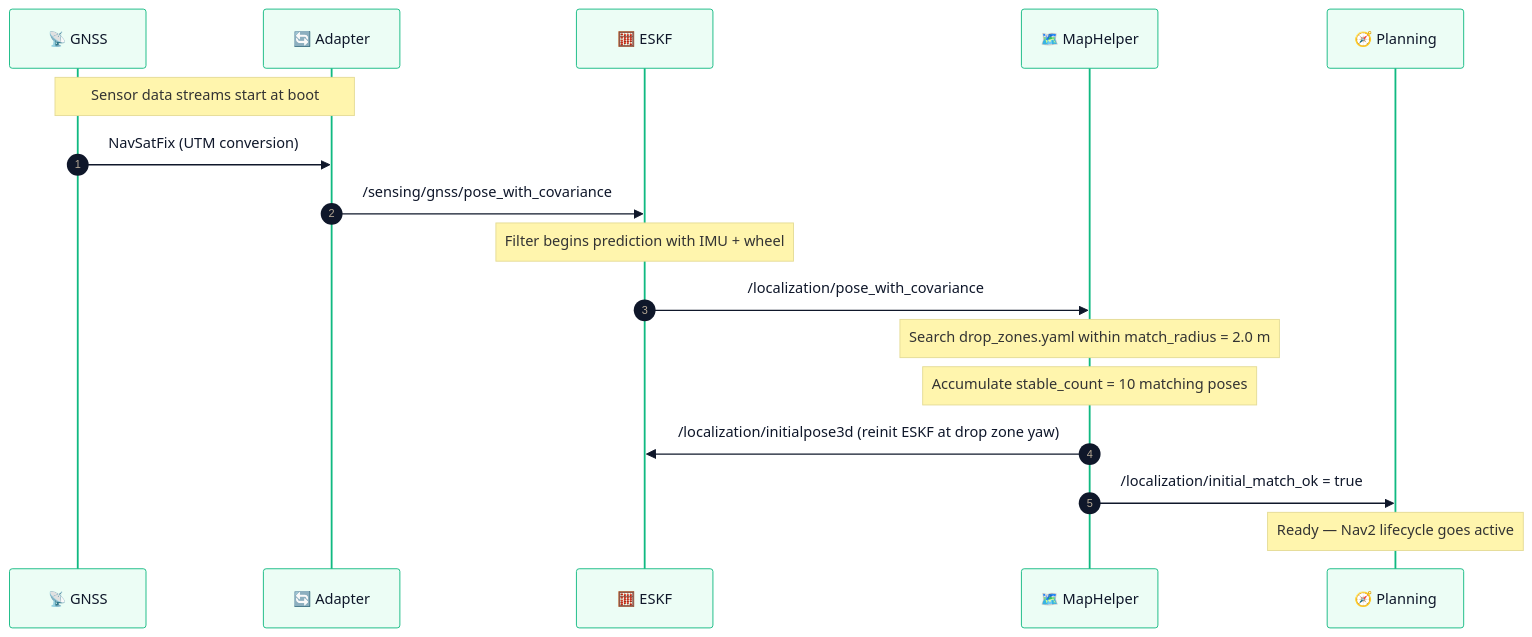
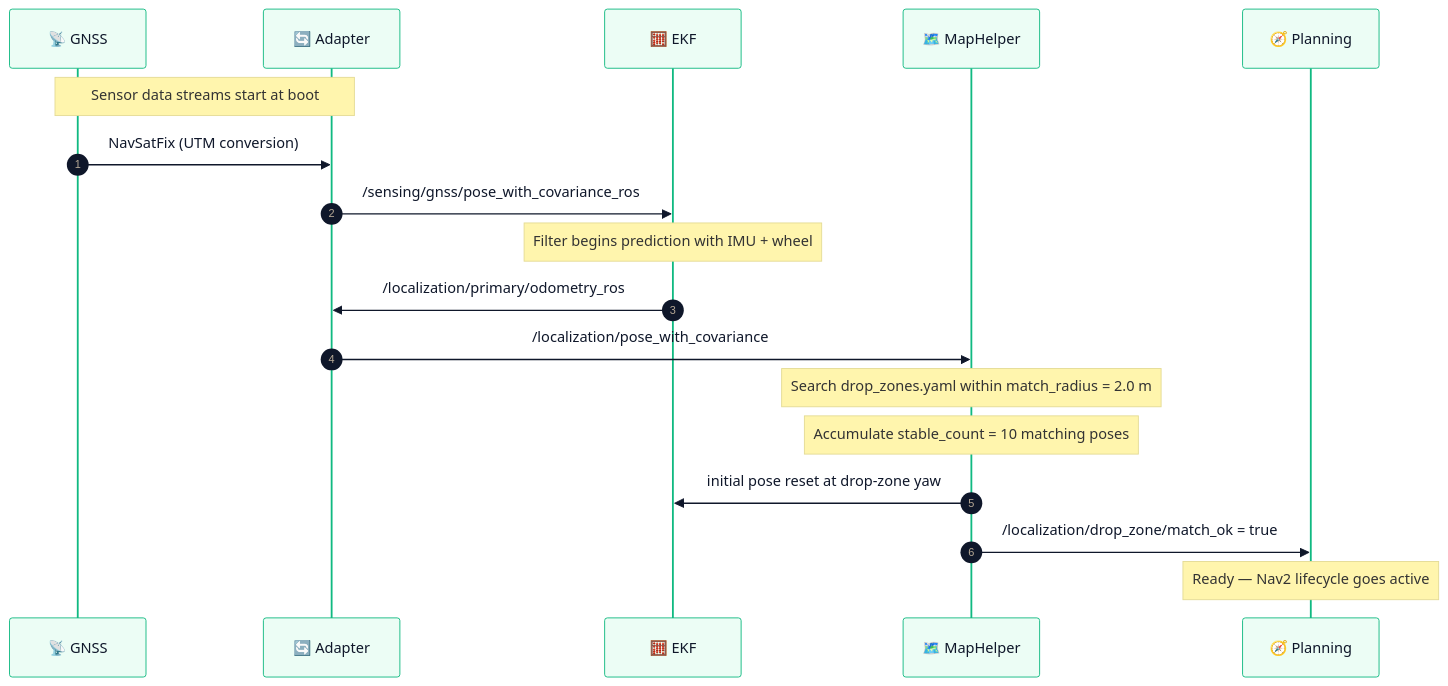
The fourth of 4 diagrams in camrod_localization/README.md (hwanhonglee/CAMROD), drawn with Mermaid before and after one commit. The commit also changed other lines of this file and 67 other files, not shown here.

````diff
--- a/camrod_localization/README.md
+++ b/camrod_localization/README.md
@@ -368,24 +382,26 @@
 ```mermaid
 %%{init: {'theme': 'base', 'themeVariables': {'fontFamily': 'ui-sans-serif, system-ui, sans-serif', 'fontSize': '14px', 'primaryColor': '#ECFDF5', 'primaryTextColor': '#0F172A', 'primaryBorderColor': '#10B981', 'lineColor': '#475569'}}}%%
 sequenceDiagram
   autonumber
   participant GNSS as 📡 GNSS
   participant Adapter as 🔄 Adapter
-  participant ESKF as 🧮 ESKF
+  participant EKF as 🧮 EKF
   participant MapHelper as 🗺️ MapHelper
   participant Planning as 🧭 Planning
 
+  %% HH_260720 - Show the default EKF initialization sequence.
   Note over GNSS,Adapter: Sensor data streams start at boot
   GNSS->>Adapter: NavSatFix (UTM conversion)
-  Adapter->>ESKF: /sensing/gnss/pose_with_covariance
-  Note over ESKF: Filter begins prediction with IMU + wheel
-  ESKF->>MapHelper: /localization/pose_with_covariance
+  Adapter->>EKF: /sensing/gnss/pose_with_covariance_ros
+  Note over EKF: Filter begins prediction with IMU + wheel
+  EKF->>Adapter: /localization/primary/odometry_ros
+  Adapter->>MapHelper: /localization/pose_with_covariance
 
   Note over MapHelper: Search drop_zones.yaml within match_radius = 2.0 m
   Note over MapHelper: Accumulate stable_count = 10 matching poses
 
-  MapHelper->>ESKF: /localization/initialpose3d (reinit ESKF at drop zone yaw)
-  MapHelper->>Planning: /localization/initial_match_ok = true
+  MapHelper->>EKF: initial pose reset at drop-zone yaw
+  MapHelper->>Planning: /localization/drop_zone/match_ok = true
 
   Note over Planning: Ready — Nav2 lifecycle goes active
 ```
````
